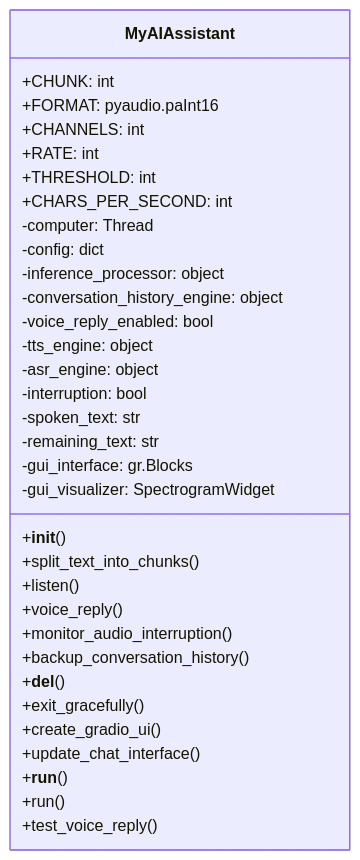
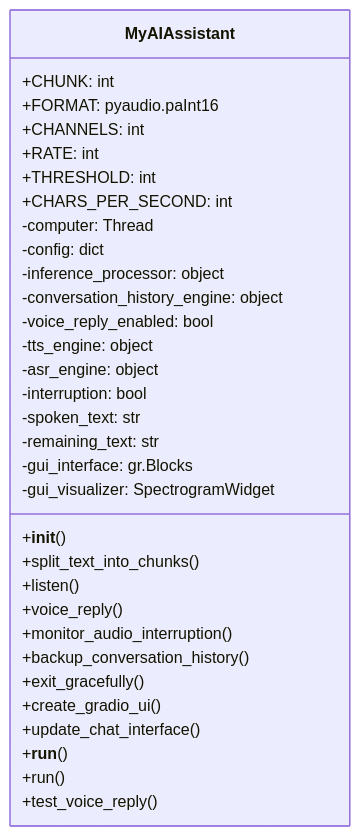
The first of 5 diagrams in src/core/my_ai_assistant.md (as99if/MyAI), drawn with Mermaid before and after one commit. The commit also changed other lines of this file and 7 other files, not shown here.

Commit message:
dev: making omni like architecture with memory

````diff
--- a/src/core/my_ai_assistant.md
+++ b/src/core/my_ai_assistant.md
@@ -1,37 +1,36 @@
 ```mermaid
 classDiagram
     class MyAIAssistant {
         +CHUNK: int
         +FORMAT: pyaudio.paInt16
         +CHANNELS: int
         +RATE: int
         +THRESHOLD: int
         +CHARS_PER_SECOND: int
         -computer: Thread
         -config: dict
         -inference_processor: object
         -conversation_history_engine: object
         -voice_reply_enabled: bool
         -tts_engine: object
         -asr_engine: object
         -interruption: bool
         -spoken_text: str
         -remaining_text: str
         -gui_interface: gr.Blocks
         -gui_visualizer: SpectrogramWidget
         +__init__()
         +split_text_into_chunks()
         +listen()
         +voice_reply()
         +monitor_audio_interruption()
         +backup_conversation_history()
-        +__del__()
         +exit_gracefully()
         +create_gradio_ui()
         +update_chat_interface()
         +__run__()
         +run()
         +test_voice_reply()
     }
 
 ```
````
